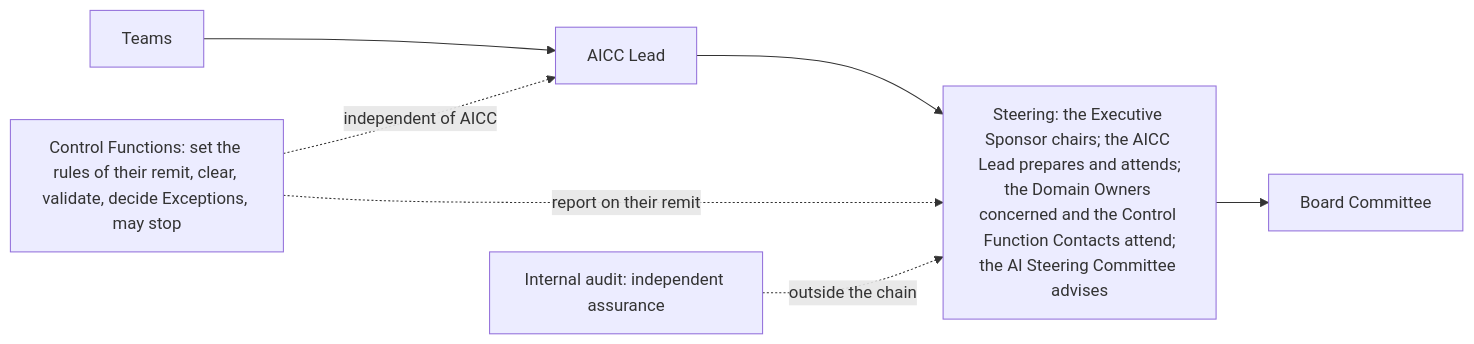
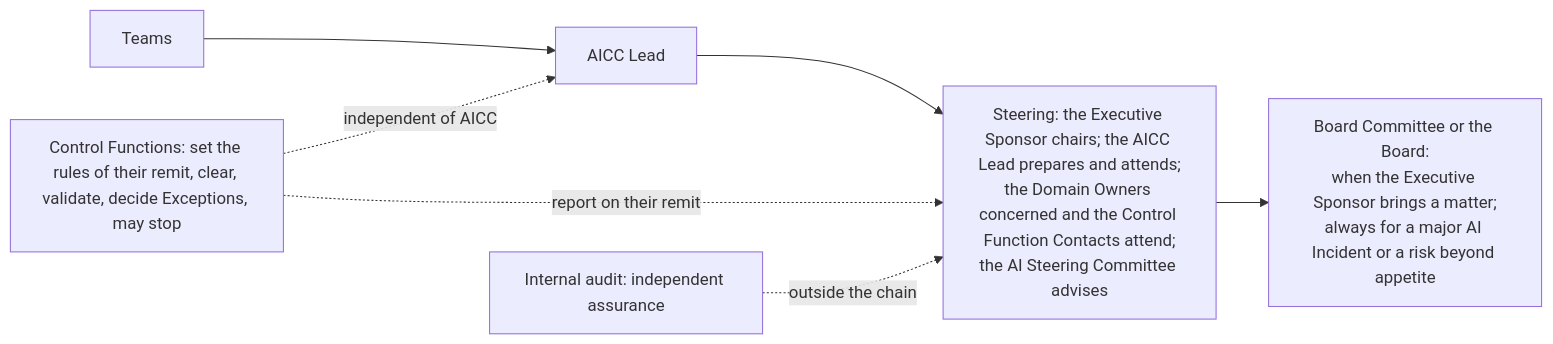
The fifth of 6 diagrams in charter/en/workflows/unit-governance.md (devhogu/ob-aicc), drawn with Mermaid before and after one commit. The commit also changed other lines of this file and 150 other files, not shown here.

````diff
--- a/charter/en/workflows/unit-governance.md
+++ b/charter/en/workflows/unit-governance.md
@@ -150,7 +150,7 @@
 ```mermaid
 flowchart LR
-  T["Teams"] --> L["AICC Lead"] --> S["Steering: the Executive Sponsor chairs; the AICC Lead prepares and attends;<br/>the Domain Owners concerned and the Control Function Contacts attend;<br/>the AI Steering Committee advises"] --> B["Board Committee"]
+  T["Teams"] --> L["AICC Lead"] --> S["Steering: the Executive Sponsor chairs; the AICC Lead prepares and attends;<br/>the Domain Owners concerned and the Control Function Contacts attend;<br/>the AI Steering Committee advises"] --> B["Board Committee or the Board:<br/>when the Executive Sponsor brings a matter;<br/>always for a major AI Incident or a risk beyond appetite"]
   CF["Control Functions: set the rules of their remit, clear, validate, decide Exceptions, may stop"] -.->|"independent of AICC"| L
   CF -.->|"report on their remit"| S
   IA["Internal audit: independent assurance"] -.->|"outside the chain"| S
 ```
````
